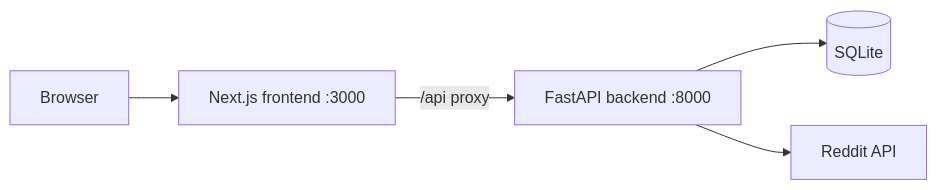
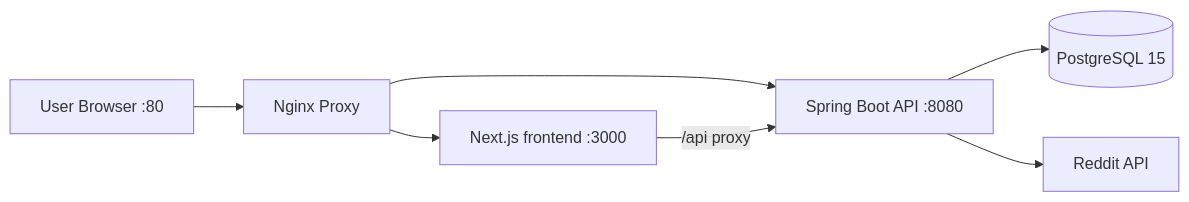
The diagram in README.md (Littleyns/reddit-crawler), drawn with Mermaid before and after one commit. The commit also changed other lines of this file and 3 other files, not shown here.

````diff
--- a/README.md
+++ b/README.md
@@ -13,7 +14,9 @@
 ```mermaid
 flowchart LR
-  Browser --> Frontend[Next.js frontend :3000]
-  Frontend -->|/api proxy| Backend[FastAPI backend :8000]
-  Backend --> DB[(SQLite)]
-  Backend --> Reddit[Reddit API]
+  Browser[User Browser :80] --> Nginx[Nginx Proxy]
+  Nginx --> Frontend[Next.js frontend :3000]
+  Nginx --> API[Spring Boot API :8080]
+  API --> Postgres[(PostgreSQL 15)]
+  API --> Reddit[Reddit API]
+  Frontend -->|/api proxy| API
 ```
````
